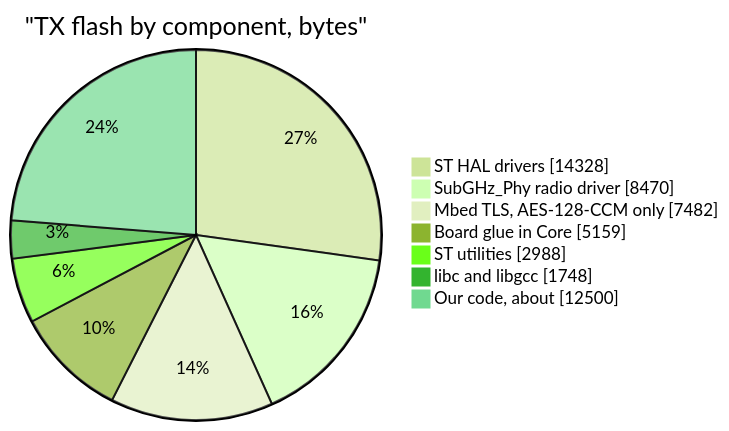
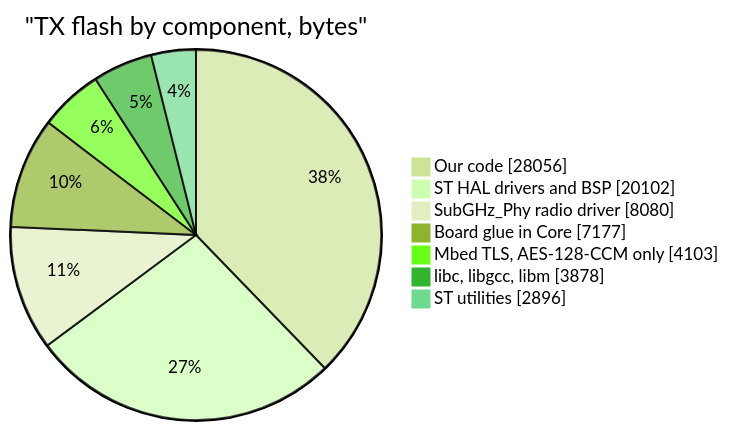
The second of 6 diagrams in docs/firmware-budget.md (clintecker/weather-station-2026), drawn with Mermaid (forest theme) before and after one commit. The commit also changed other lines of this file and 42 other files, not shown here.

````diff
--- a/docs/firmware-budget.md
+++ b/docs/firmware-budget.md
@@ -85,10 +90,10 @@
 ```mermaid
 pie showData title "TX flash by component, bytes"
-  "ST HAL drivers" : 14328
-  "SubGHz_Phy radio driver" : 8470
-  "Mbed TLS, AES-128-CCM only" : 7482
-  "Board glue in Core" : 5159
-  "ST utilities" : 2988
-  "libc and libgcc" : 1748
-  "Our code, about" : 12500
+  "Our code" : 28056
+  "ST HAL drivers and BSP" : 20102
+  "SubGHz_Phy radio driver" : 8080
+  "Board glue in Core" : 7177
+  "Mbed TLS, AES-128-CCM only" : 4103
+  "libc, libgcc, libm" : 3878
+  "ST utilities" : 2896
 ```
````
